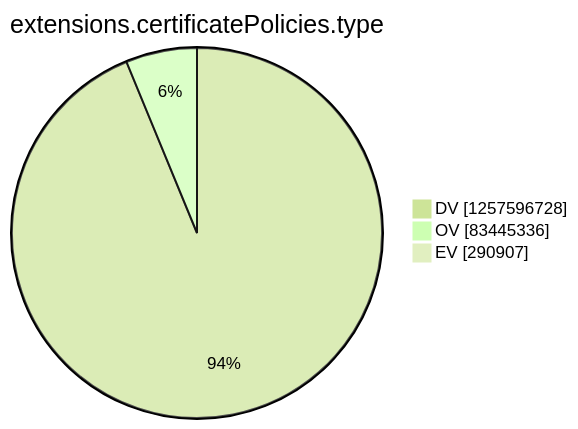
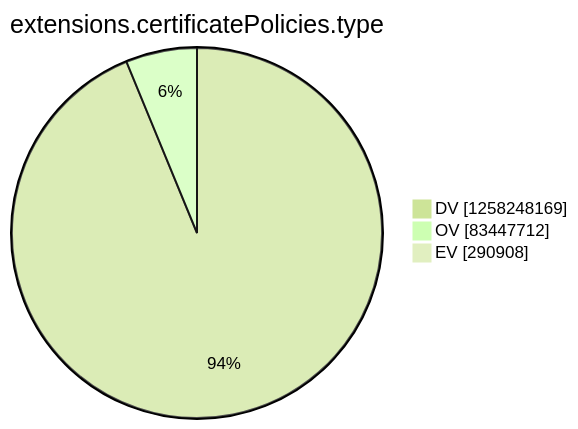
One commit to christiankrug/ctmonitor_visualization changed the tenth of 15 diagrams in argon2022/README.md. Above: the diagram before and after it, drawn with Mermaid (forest theme). The commit also changed other lines of this file, not shown here.

````diff
--- a/argon2022/README.md
+++ b/argon2022/README.md
@@ -2771,7 +2771,7 @@
 ```mermaid
 pie showData
 title extensions.certificatePolicies.type
-"DV" :1257596728
-"OV" :83445336
-"EV" :290907
+"DV" :1258248169
+"OV" :83447712
+"EV" :290908
 ```
````
